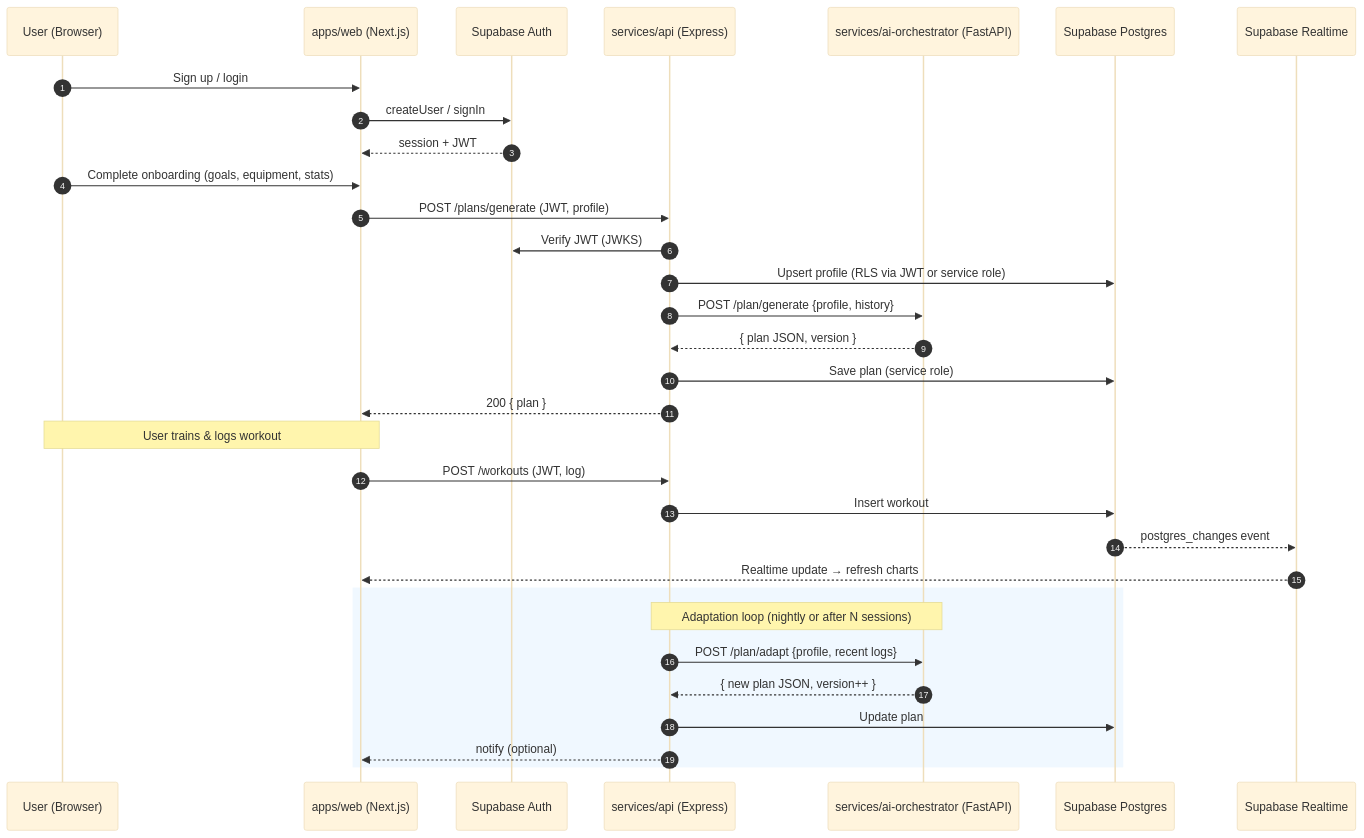
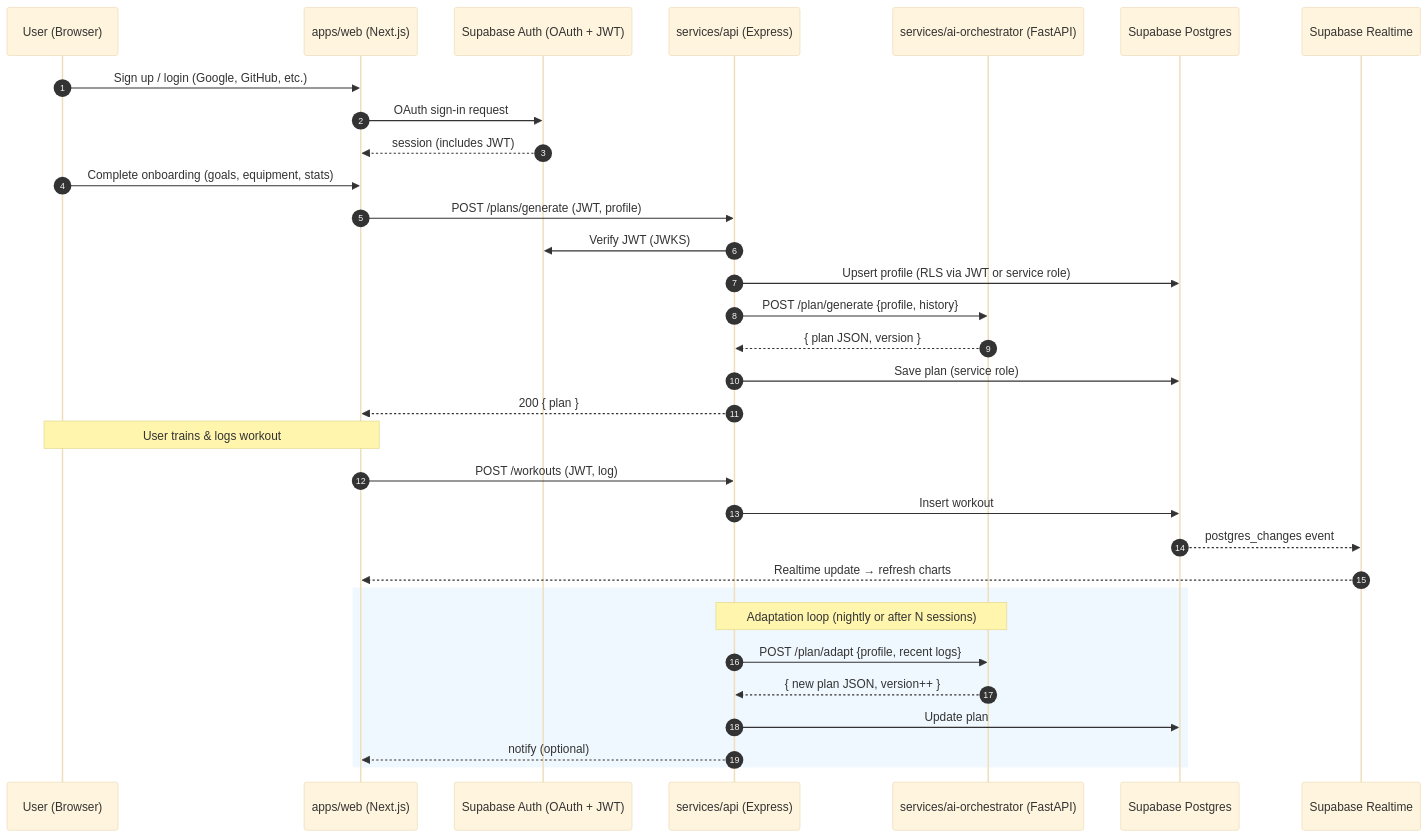
Before and after one commit to Pulse-project-300/atu-project-300: the diagram in docs/archeticture/diagrams/data-flow.md, drawn with Mermaid (base theme).

Commit message:
Updated data-flow diagram to include OAuth

````diff
--- a/docs/archeticture/diagrams/data-flow.md
+++ b/docs/archeticture/diagrams/data-flow.md
@@ -1,38 +1,38 @@
 ```mermaid
 sequenceDiagram
   autonumber
-  participant U as User (Browser)
+   participant U as User (Browser)
   participant Web as apps/web (Next.js)
-  participant Auth as Supabase Auth
+  participant Auth as Supabase Auth (OAuth + JWT)
   participant API as services/api (Express)
   participant AI as services/ai-orchestrator (FastAPI)
   participant DB as Supabase Postgres
   participant RT as Supabase Realtime
 
-  U->>Web: Sign up / login
-  Web->>Auth: createUser / signIn
-  Auth-->>Web: session + JWT
+  U->>Web: Sign up / login (Google, GitHub, etc.)
+  Web->>Auth: OAuth sign-in request
+  Auth-->>Web: session (includes JWT)
 
   U->>Web: Complete onboarding (goals, equipment, stats)
   Web->>API: POST /plans/generate (JWT, profile)
   API->>Auth: Verify JWT (JWKS)
   API->>DB: Upsert profile (RLS via JWT or service role)
   API->>AI: POST /plan/generate {profile, history}
   AI-->>API: { plan JSON, version }
   API->>DB: Save plan (service role)
   API-->>Web: 200 { plan }
 
   Note over U,Web: User trains & logs workout
   Web->>API: POST /workouts (JWT, log)
   API->>DB: Insert workout
   DB-->>RT: postgres_changes event
   RT-->>Web: Realtime update → refresh charts
 
   rect rgb(240,248,255)
   Note over API,AI: Adaptation loop (nightly or after N sessions)
   API->>AI: POST /plan/adapt {profile, recent logs}
   AI-->>API: { new plan JSON, version++ }
   API->>DB: Update plan
   API-->>Web: notify (optional)
   end
 ```
````
